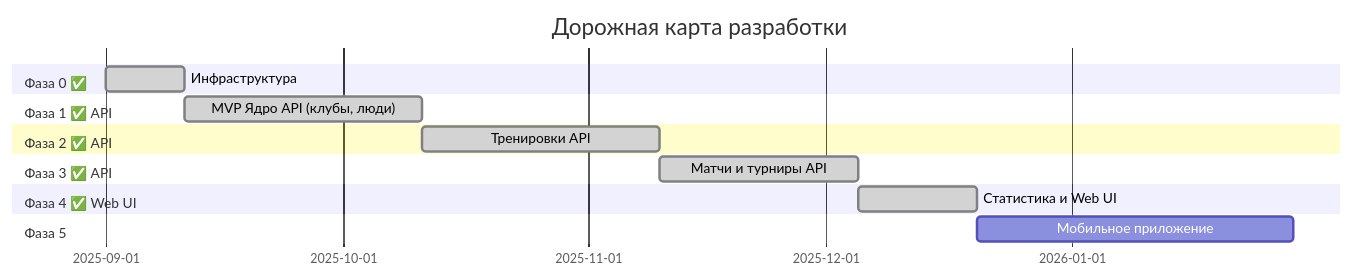
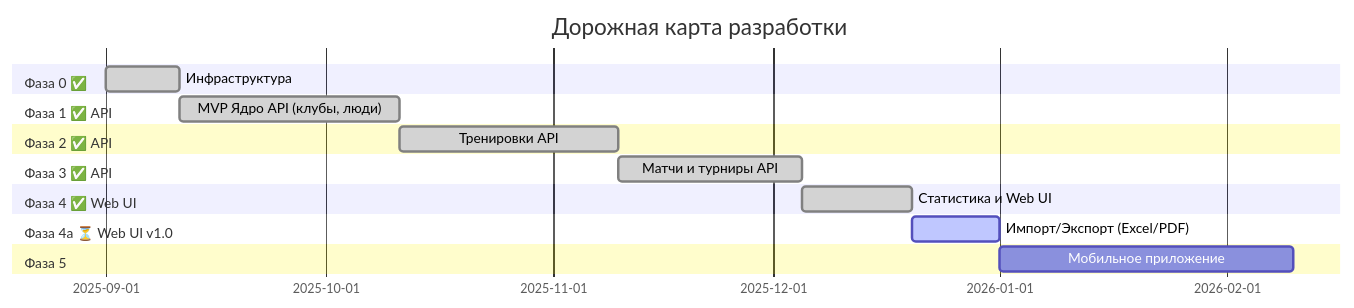
Before and after one commit to GHostlyFOX/leum: the diagram in docs/c4/roadmap.md, drawn with Mermaid. The commit also changed other lines of this file and 13 other files, not shown here.

First line of the commit message:
feat: импорт/экспорт данных и PDF документы (Фаза 1)

````diff
--- a/docs/c4/roadmap.md
+++ b/docs/c4/roadmap.md
@@ -9,23 +9,26 @@
 ```mermaid
 gantt
     title Дорожная карта разработки
     dateFormat YYYY-MM-DD
     
     section Фаза 0 ✅
     Инфраструктура              :done, f0, 2025-09-01, 10d
     
     section Фаза 1 ✅ API
     MVP Ядро API (клубы, люди)  :done, f1, after f0, 30d
     
     section Фаза 2 ✅ API
     Тренировки API              :done, f2, after f1, 30d
     
     section Фаза 3 ✅ API
     Матчи и турниры API         :done, f3, after f2, 25d
     
     section Фаза 4 ✅ Web UI
     Статистика и Web UI         :done, f4, after f3, 15d
     
+    section Фаза 4a ⏳ Web UI v1.0
+    Импорт/Экспорт (Excel/PDF)  :active, f4a, after f4, 12d
+    
     section Фаза 5
-    Мобильное приложение        :f5, after f4, 40d
+    Мобильное приложение        :f5, after f4a, 40d
 ```
````
